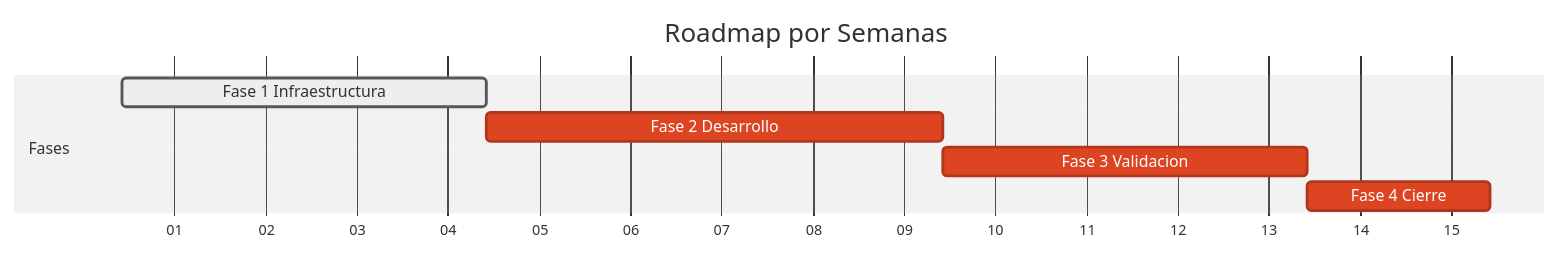
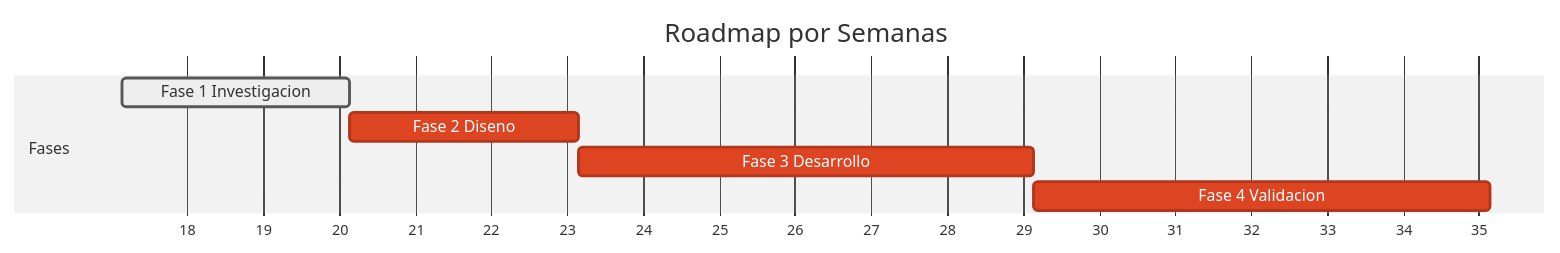
Before and after one commit to alesanfe/soar-ransomware-lab: the fourth of 8 diagrams in docs/06-project-management.md, drawn with Mermaid (neutral theme). The commit also changed other lines of this file and 20 other files, not shown here.

````diff
--- a/docs/06-project-management.md
+++ b/docs/06-project-management.md
@@ -948,11 +930,11 @@
 ```mermaid
 gantt
 title Roadmap por Semanas
 dateFormat YYYY-MM-DD
 axisFormat %V
 section Fases
-Fase 1 Infraestructura :active, f1, 2025-01-01, 4w
-Fase 2 Desarrollo :crit, f2, after f1, 5w
-Fase 3 Validacion :crit, f3, after f2, 4w
-Fase 4 Cierre :crit, f4, after f3, 2w
+Fase 1 Investigacion :active, f1, 2026-04-27, 3w
+Fase 2 Diseno :crit, f2, after f1, 3w
+Fase 3 Desarrollo :crit, f3, after f2, 6w
+Fase 4 Validacion :crit, f4, after f3, 6w
 ```
````
